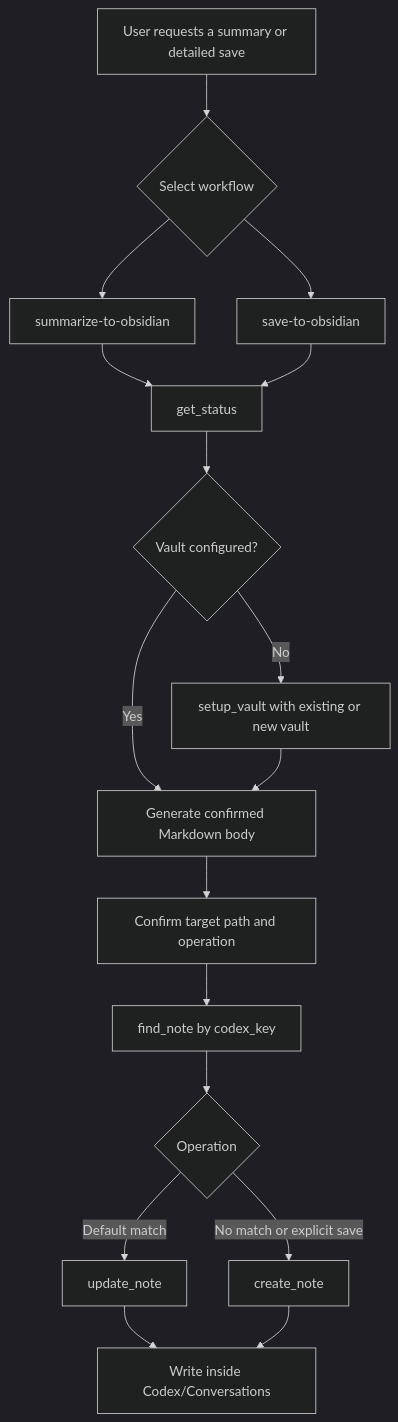
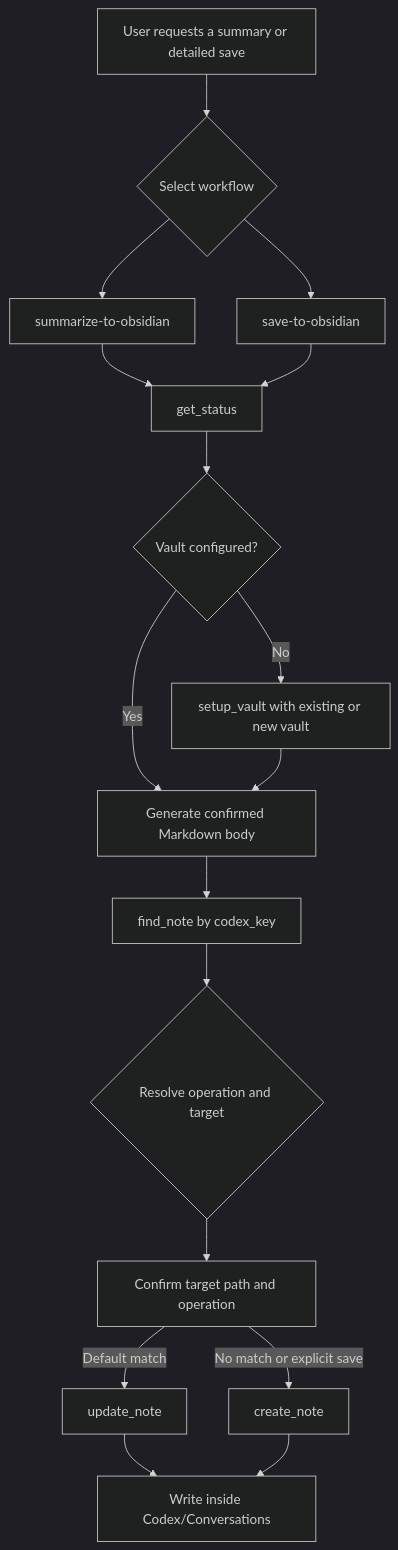
The diagram in README.md (AnwarRezk/codex-to-obsidian), drawn with Mermaid (dark theme) before and after one commit. The commit also changed 7 other files, not shown here.

````diff
--- a/README.md
+++ b/README.md
@@ -12,19 +12,19 @@
 ```mermaid
 flowchart TD
     request[User requests a summary or detailed save] --> workflow{Select workflow}
     workflow --> summarize[summarize-to-obsidian]
     workflow --> save[save-to-obsidian]
     summarize --> status[get_status]
     save --> status
     status --> setup{Vault configured?}
     setup -->|No| configure[setup_vault with existing or new vault]
     setup -->|Yes| body[Generate confirmed Markdown body]
     configure --> body
-    body --> confirm[Confirm target path and operation]
-    confirm --> lookup[find_note by codex_key]
-    lookup --> operation{Operation}
-    operation -->|Default match| update[update_note]
-    operation -->|No match or explicit save| create[create_note]
+    body --> lookup[find_note by codex_key]
+    lookup --> operation{Resolve operation and target}
+    operation --> confirm[Confirm target path and operation]
+    confirm -->|Default match| update[update_note]
+    confirm -->|No match or explicit save| create[create_note]
     update --> vault[Write inside Codex/Conversations]
     create --> vault
 ```
````
